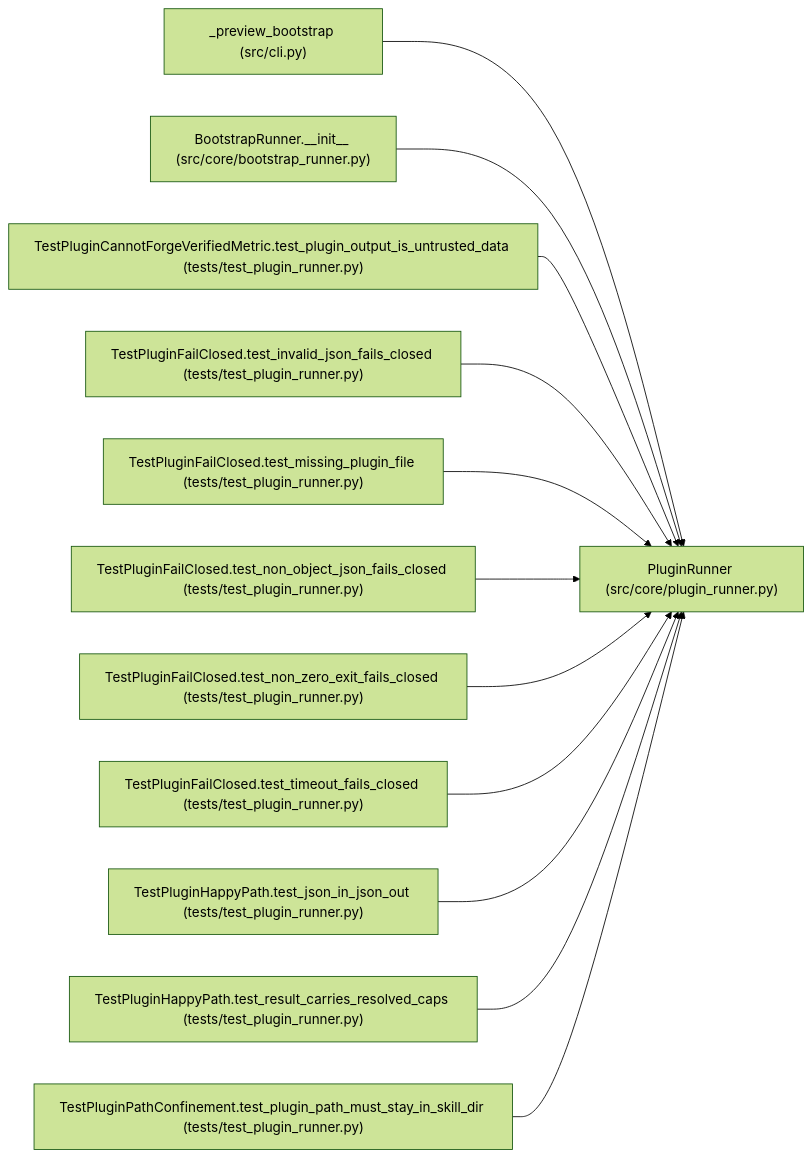
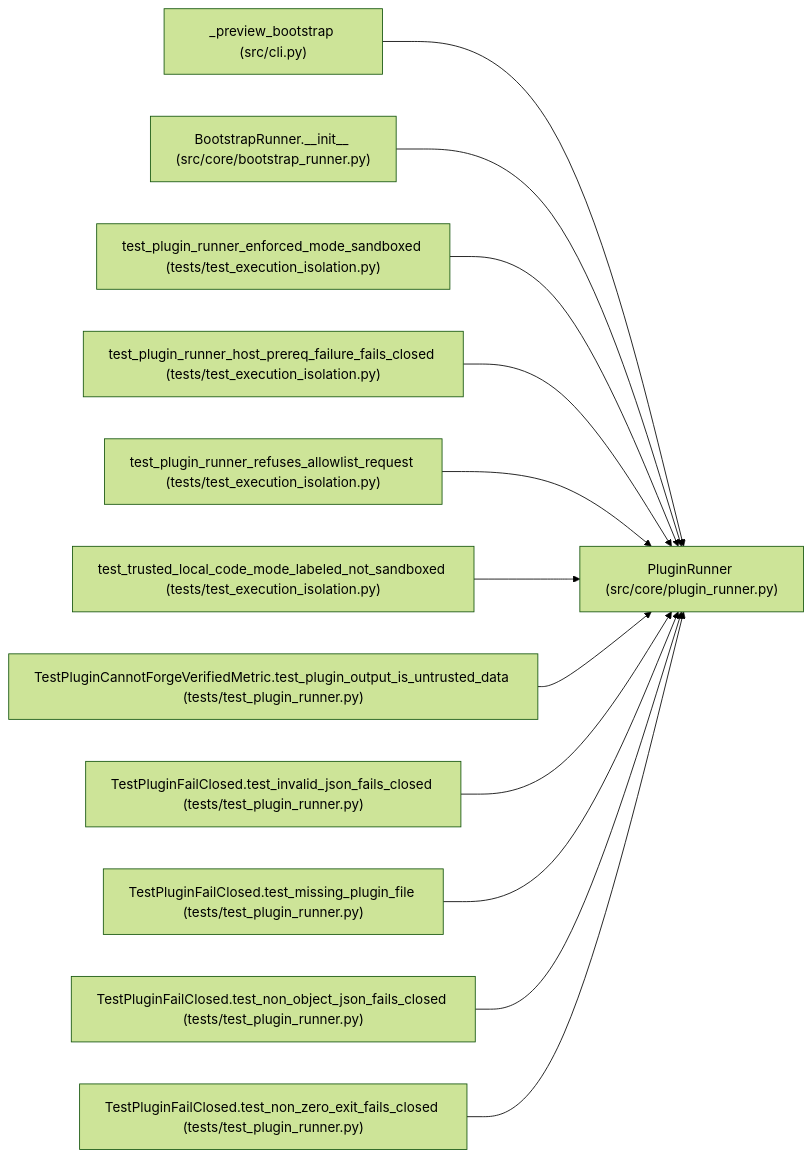
Before and after one commit to Denissvgn/autoresearch-agent: the diagram in docs/llm_wiki/entities/PluginRunner.md, drawn with Mermaid (forest theme). The commit also changed other lines of this file and 35 other files, not shown here.

Commit message:
docs(wiki): sync pages for the enforced process isolation boundary

````diff
--- a/docs/llm_wiki/entities/PluginRunner.md
+++ b/docs/llm_wiki/entities/PluginRunner.md
@@ -32,38 +34,38 @@
 ```mermaid
 flowchart LR
     n0["PluginRunner (src/core/plugin_runner.py)"]
     n1["_preview_bootstrap (src/cli.py)"]
     n2["BootstrapRunner.__init__ (src/core/bootstrap_runner.py)"]
-    n3["TestPluginCannotForgeVerifiedMetric.test_plugin_output_is_untrusted_data (tests/test_plugin_runner.py)"]
-    n4["TestPluginFailClosed.test_invalid_json_fails_closed (tests/test_plugin_runner.py)"]
-    n5["TestPluginFailClosed.test_missing_plugin_file (tests/test_plugin_runner.py)"]
-    n6["TestPluginFailClosed.test_non_object_json_fails_closed (tests/test_plugin_runner.py)"]
-    n7["TestPluginFailClosed.test_non_zero_exit_fails_closed (tests/test_plugin_runner.py)"]
-    n8["TestPluginFailClosed.test_timeout_fails_closed (tests/test_plugin_runner.py)"]
-    n9["TestPluginHappyPath.test_json_in_json_out (tests/test_plugin_runner.py)"]
-    n10["TestPluginHappyPath.test_result_carries_resolved_caps (tests/test_plugin_runner.py)"]
-    n11["TestPluginPathConfinement.test_plugin_path_must_stay_in_skill_dir (tests/test_plugin_runner.py)"]
+    n3["test_plugin_runner_enforced_mode_sandboxed (tests/test_execution_isolation.py)"]
+    n4["test_plugin_runner_host_prereq_failure_fails_closed (tests/test_execution_isolation.py)"]
+    n5["test_plugin_runner_refuses_allowlist_request (tests/test_execution_isolation.py)"]
+    n6["test_trusted_local_code_mode_labeled_not_sandboxed (tests/test_execution_isolation.py)"]
+    n7["TestPluginCannotForgeVerifiedMetric.test_plugin_output_is_untrusted_data (tests/test_plugin_runner.py)"]
+    n8["TestPluginFailClosed.test_invalid_json_fails_closed (tests/test_plugin_runner.py)"]
+    n9["TestPluginFailClosed.test_missing_plugin_file (tests/test_plugin_runner.py)"]
+    n10["TestPluginFailClosed.test_non_object_json_fails_closed (tests/test_plugin_runner.py)"]
+    n11["TestPluginFailClosed.test_non_zero_exit_fails_closed (tests/test_plugin_runner.py)"]
     n1 --> n0
     n2 --> n0
     n3 --> n0
     n4 --> n0
     n5 --> n0
     n6 --> n0
     n7 --> n0
     n8 --> n0
     n9 --> n0
     n10 --> n0
     n11 --> n0
     click n0 "../modules/plugin_runner.md"
     click n1 "../modules/cli.md"
     click n2 "../modules/bootstrap_runner.md"
-    click n3 "../modules/test_plugin_runner.md"
-    click n4 "../modules/test_plugin_runner.md"
-    click n5 "../modules/test_plugin_runner.md"
-    click n6 "../modules/test_plugin_runner.md"
+    click n3 "../modules/test_execution_isolation.md"
+    click n4 "../modules/test_execution_isolation.md"
+    click n5 "../modules/test_execution_isolation.md"
+    click n6 "../modules/test_execution_isolation.md"
     click n7 "../modules/test_plugin_runner.md"
     click n8 "../modules/test_plugin_runner.md"
     click n9 "../modules/test_plugin_runner.md"
     click n10 "../modules/test_plugin_runner.md"
     click n11 "../modules/test_plugin_runner.md"
 ```
````
